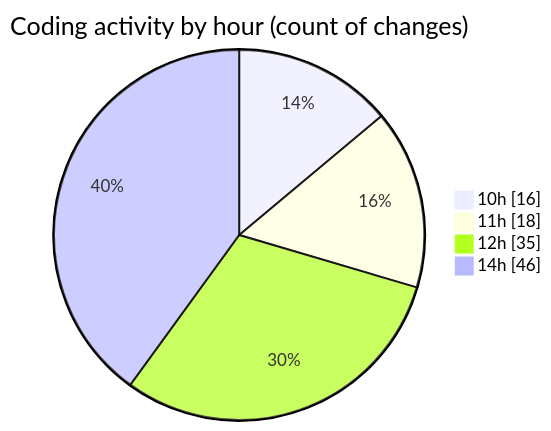
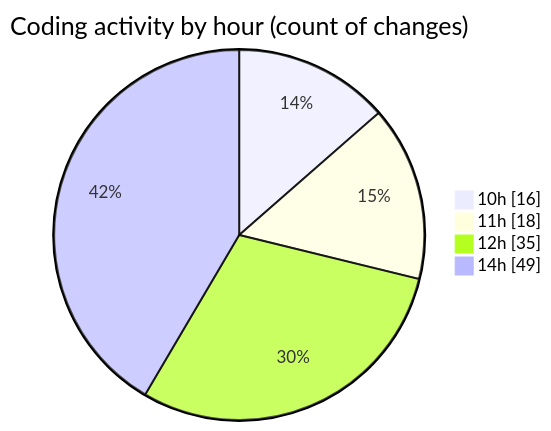
Before and after one commit to momahboobian/code-tracking: the second of 2 diagrams in 2026-05-06/cda/README.md, drawn with Mermaid. The commit also changed other lines of this file and 1 other file, not shown here.

````diff
--- a/2026-05-06/cda/README.md
+++ b/2026-05-06/cda/README.md
@@ -92,8 +93,8 @@
 ```mermaid
 pie showData
 title Coding activity by hour (count of changes)
 "10h" : 16
 "11h" : 18
 "12h" : 35
-"14h" : 46
+"14h" : 49
 ```
````
